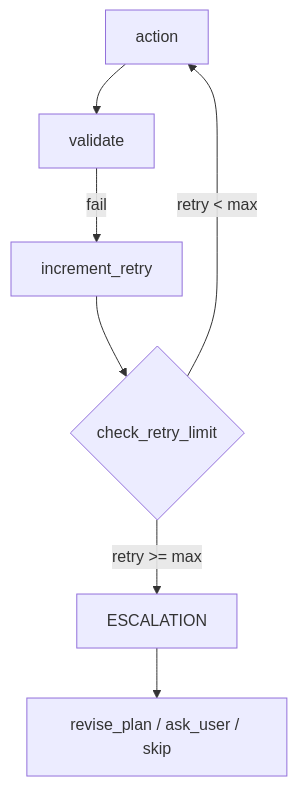
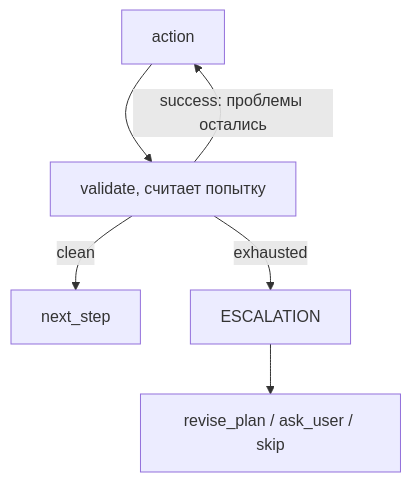
Before and after one commit to moira-mcp/moira: the third of 4 diagrams in packages/mcp-server/src/help/content/ru/guides/workflow-creation.md, drawn with Mermaid. The commit also changed other lines of this file and 338 other files, not shown here.

First line of the commit message:
feat(workflow): add N-output routing and unified diagrams (#236)

````diff
--- a/packages/mcp-server/src/help/content/ru/guides/workflow-creation.md
+++ b/packages/mcp-server/src/help/content/ru/guides/workflow-creation.md
@@ -630,9 +732,8 @@
 ```mermaid
 flowchart TD
-    A[action] --> B[validate]
-    B -->|fail| C[increment_retry]
-    C --> D{check_retry_limit}
-    D -->|retry < max| A
-    D -->|retry >= max| E[ESCALATION]
-    E --> F[revise_plan / ask_user / skip]
+    A[action] --> B[validate, считает попытку]
+    B -->|clean| C[next_step]
+    B -->|success: проблемы остались| A
+    B -->|exhausted| D[ESCALATION]
+    D --> E[revise_plan / ask_user / skip]
 ```
````
